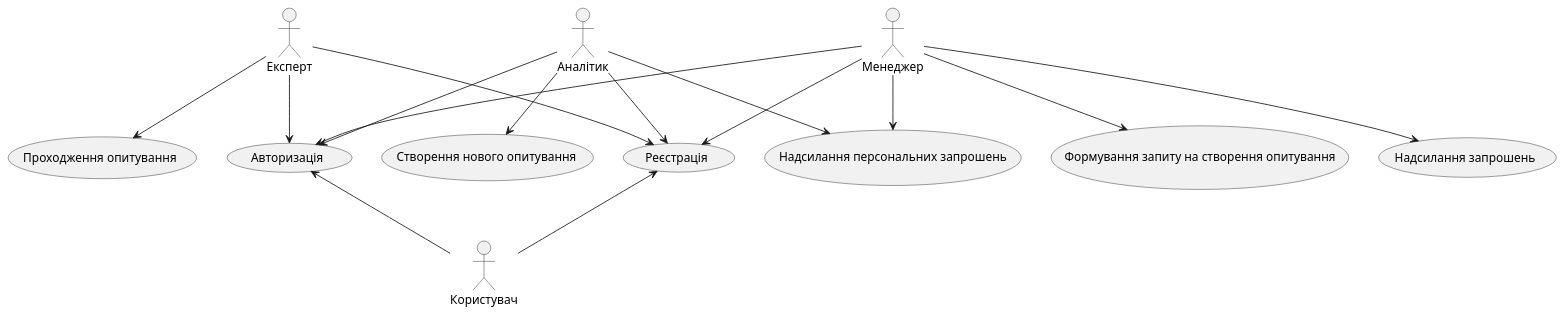
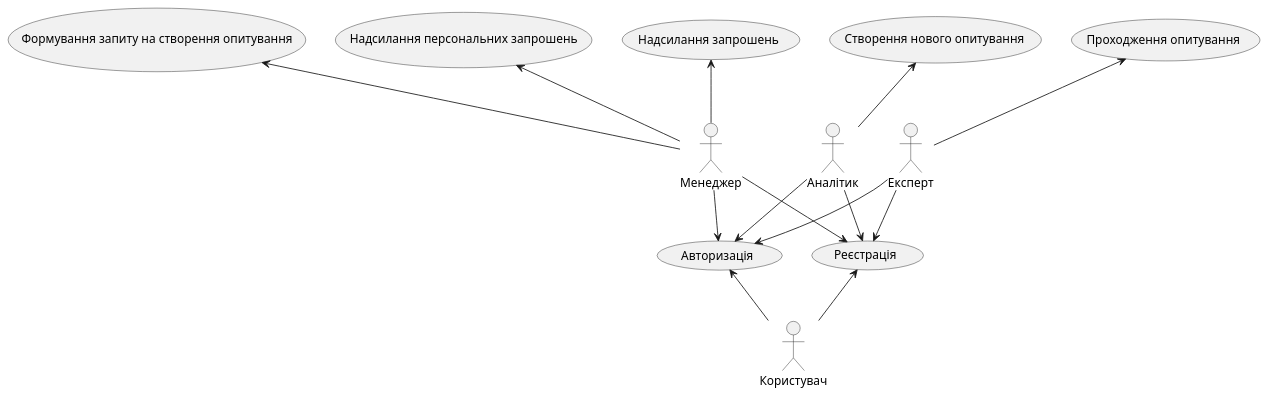
The diagram in src/uml/use-cases/general-diagram-of-use-cases-with-all-connections.puml (anrysliusar/SurvExp), drawn with PlantUML before and after one commit.

```diff
--- a/src/uml/use-cases/general-diagram-of-use-cases-with-all-connections.puml
+++ b/src/uml/use-cases/general-diagram-of-use-cases-with-all-connections.puml
@@ -1,36 +1,35 @@
 @startuml
 
     actor "Користувач" as User
 
     actor "Менеджер" as Manager
     actor "Аналітик" as Analyst
     actor "Експерт" as Expert
     
 
     usecase "Реєстрація" as SE_11
     usecase "Створення нового опитування" as SE_12
     usecase "Надсилання запрошень" as SE_13
     usecase "Надсилання персональних запрошень" as SE_14
     usecase "Проходження опитування" as SE_15
     usecase "Авторизація" as SE_16
     usecase "Формування запиту на створення опитування" as SE_17
     
     User -u-> SE_11
     User -u-> SE_16
     
     Manager --> SE_11
     Manager --> SE_16
-    Manager --> SE_13
-    Manager --> SE_14
-    Manager --> SE_17
+    Manager -u-> SE_13
+    Manager -u-> SE_14
+    Manager -u-> SE_17
 
     Analyst --> SE_11
     Analyst --> SE_16
-    Analyst --> SE_12
-    Analyst --> SE_14
+    Analyst -u-> SE_12
 
     Expert --> SE_11
     Expert --> SE_16
-    Expert --> SE_15
+    Expert -u-> SE_15
 
 @enduml
```
